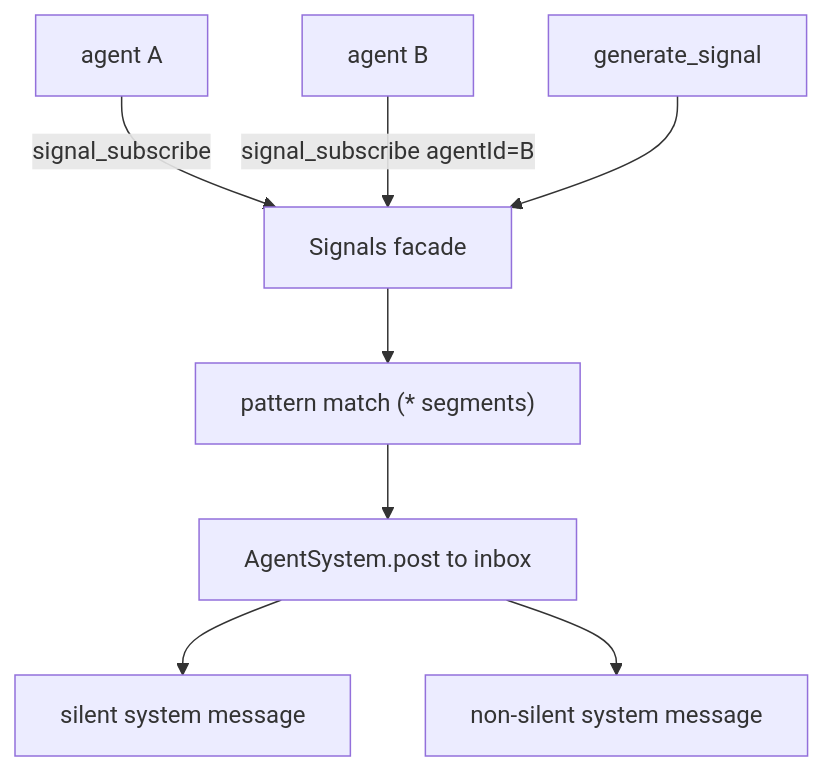
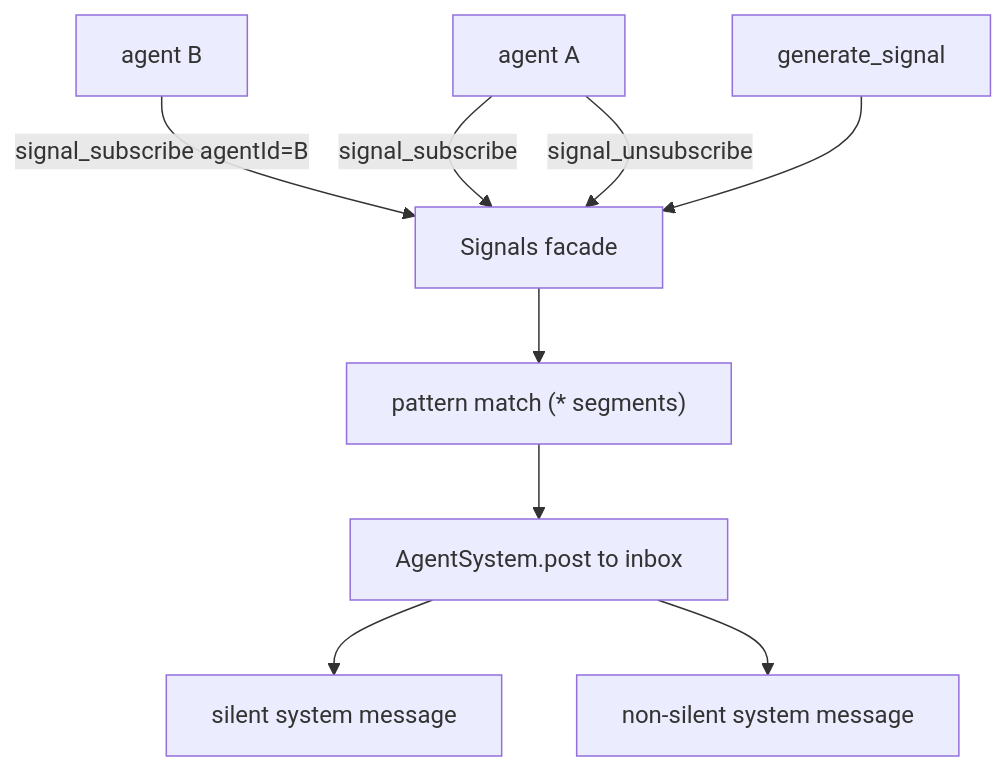
The third of 3 diagrams in docs/signals.md (ex3ndr-bot/daycare), drawn with Mermaid before and after one commit. The commit also changed other lines of this file and 7 other files, not shown here.

Commit message:
feat(signals): add unsubscribe tool and facade support

````diff
--- a/docs/signals.md
+++ b/docs/signals.md
@@ -77,10 +88,11 @@
 ```mermaid
 flowchart TD
   AgentA[agent A] -->|signal_subscribe| Signals[Signals facade]
   AgentB[agent B] -->|signal_subscribe agentId=B| Signals
   Generator[generate_signal] --> Signals
   Signals --> Match["pattern match (* segments)"]
   Match --> Deliver[AgentSystem.post to inbox]
   Deliver --> Silent[silent system message]
   Deliver --> NonSilent[non-silent system message]
+  AgentA -->|signal_unsubscribe| Signals
 ```
````
